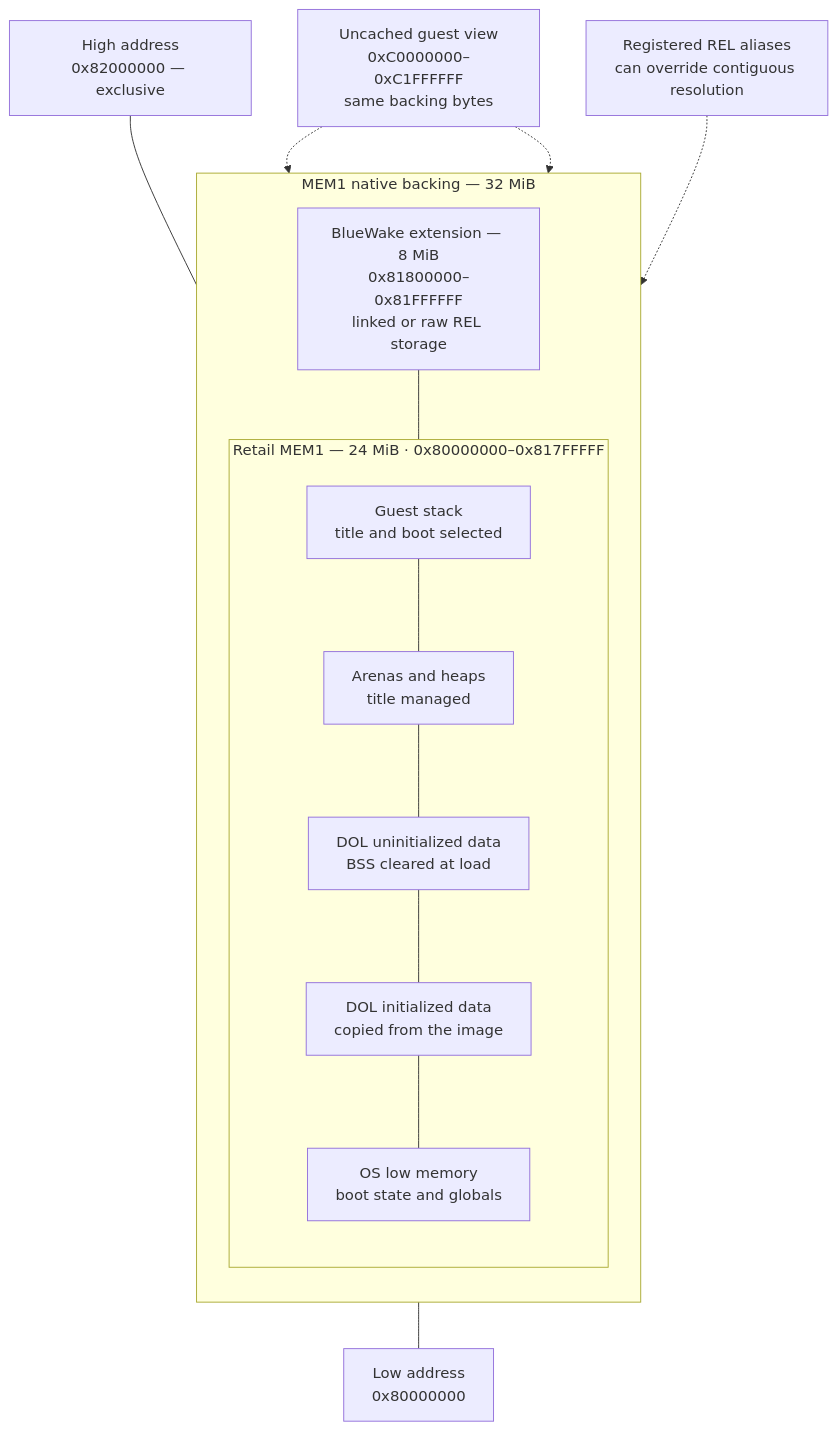
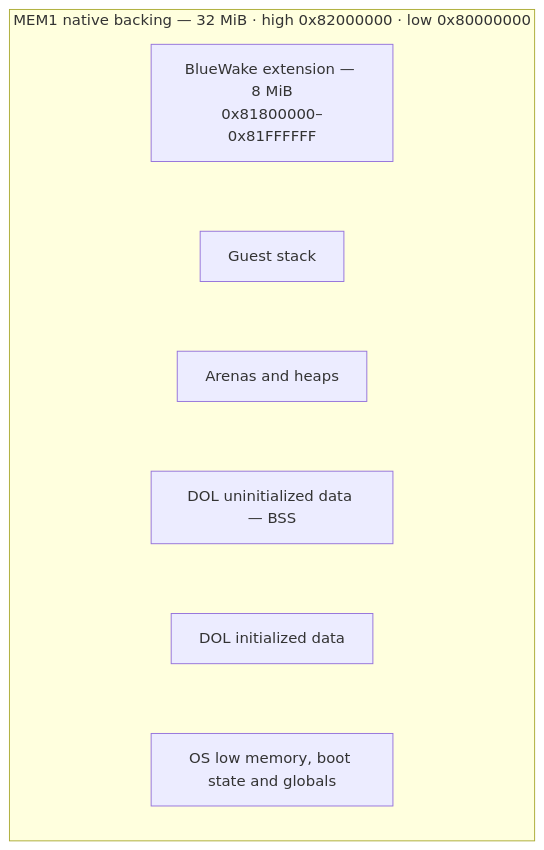
The fourth of 6 diagrams in docs/architecture/GuestState.md (Aelbannan/boat_of_daphnes), drawn with Mermaid before and after one commit.

Commit message:
docs: simplify MEM1 layout diagram

````diff
--- a/docs/architecture/GuestState.md
+++ b/docs/architecture/GuestState.md
@@ -449,43 +449,15 @@
 ```mermaid
 flowchart TB
-    High["`High address
-0x82000000 — exclusive`"]
-
-    subgraph Backing["MEM1 native backing — 32 MiB"]
+    subgraph MEM1["MEM1 native backing — 32 MiB · high 0x82000000 · low 0x80000000"]
         direction TB
         Extension["`BlueWake extension — 8 MiB
-0x81800000–0x81FFFFFF
-linked or raw REL storage`"]
+0x81800000–0x81FFFFFF`"]
+        Stack["Guest stack"]
+        Arena["Arenas and heaps"]
+        BSS["DOL uninitialized data — BSS"]
+        Data["DOL initialized data"]
+        OS["OS low memory, boot state and globals"]
 
-        subgraph Retail["Retail MEM1 — 24 MiB · 0x80000000–0x817FFFFF"]
-            direction TB
-            Stack["`Guest stack
-title and boot selected`"]
-            Arena["`Arenas and heaps
-title managed`"]
-            BSS["`DOL uninitialized data
-BSS cleared at load`"]
-            Data["`DOL initialized data
-copied from the image`"]
-            OS["`OS low memory
-boot state and globals`"]
-
-            Stack --- Arena --- BSS --- Data --- OS
-        end
+        Extension ~~~ Stack ~~~ Arena ~~~ BSS ~~~ Data ~~~ OS
     end
-
-    Low["`Low address
-0x80000000`"]
-    Mirror["`Uncached guest view
-0xC0000000–0xC1FFFFFF
-same backing bytes`"]
-    Aliases["`Registered REL aliases
-can override contiguous resolution`"]
-
-    High --- Extension
-    Extension --- Stack
-    OS --- Low
-    Mirror -.-> Extension
-    Mirror -.-> Retail
-    Aliases -.-> Extension
 ```
````
